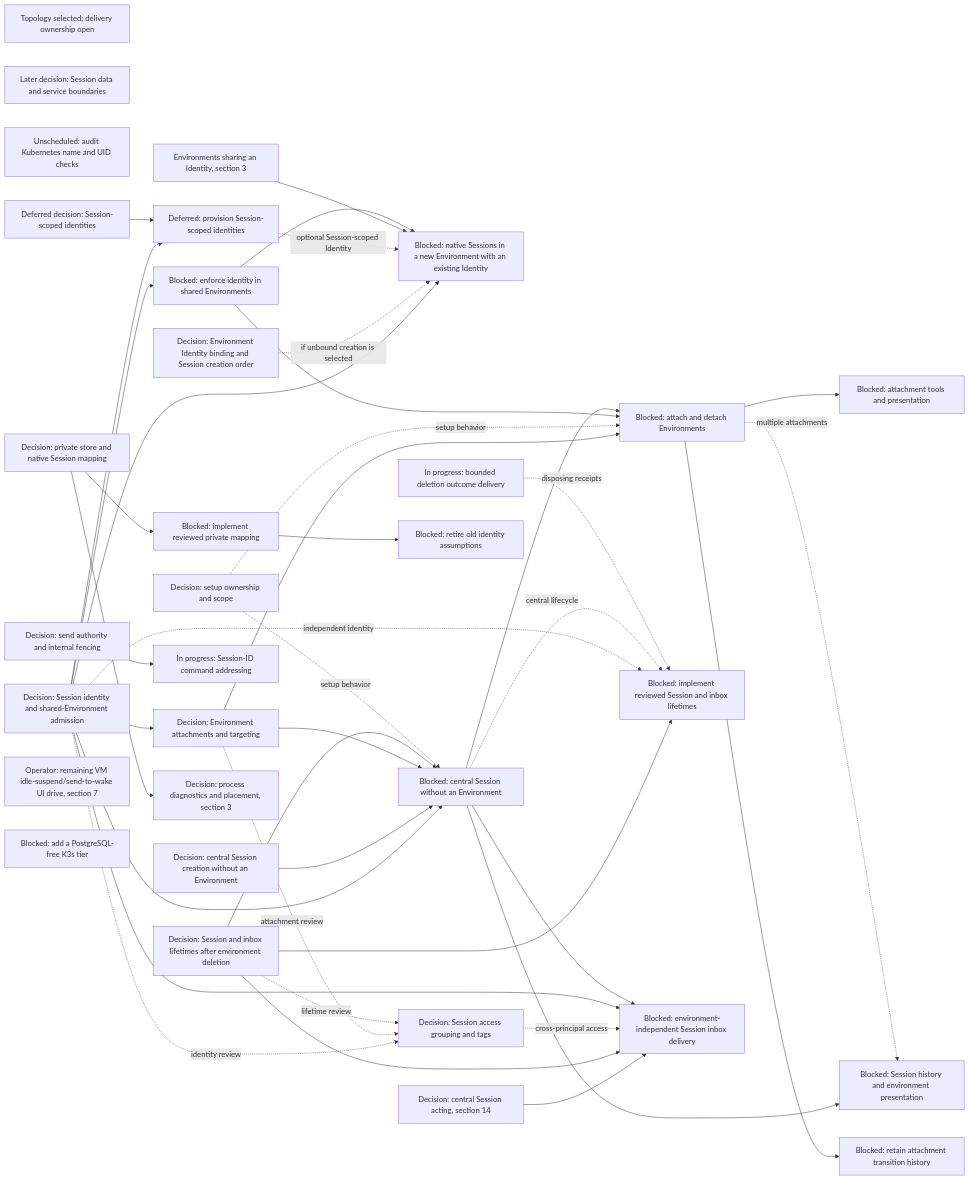
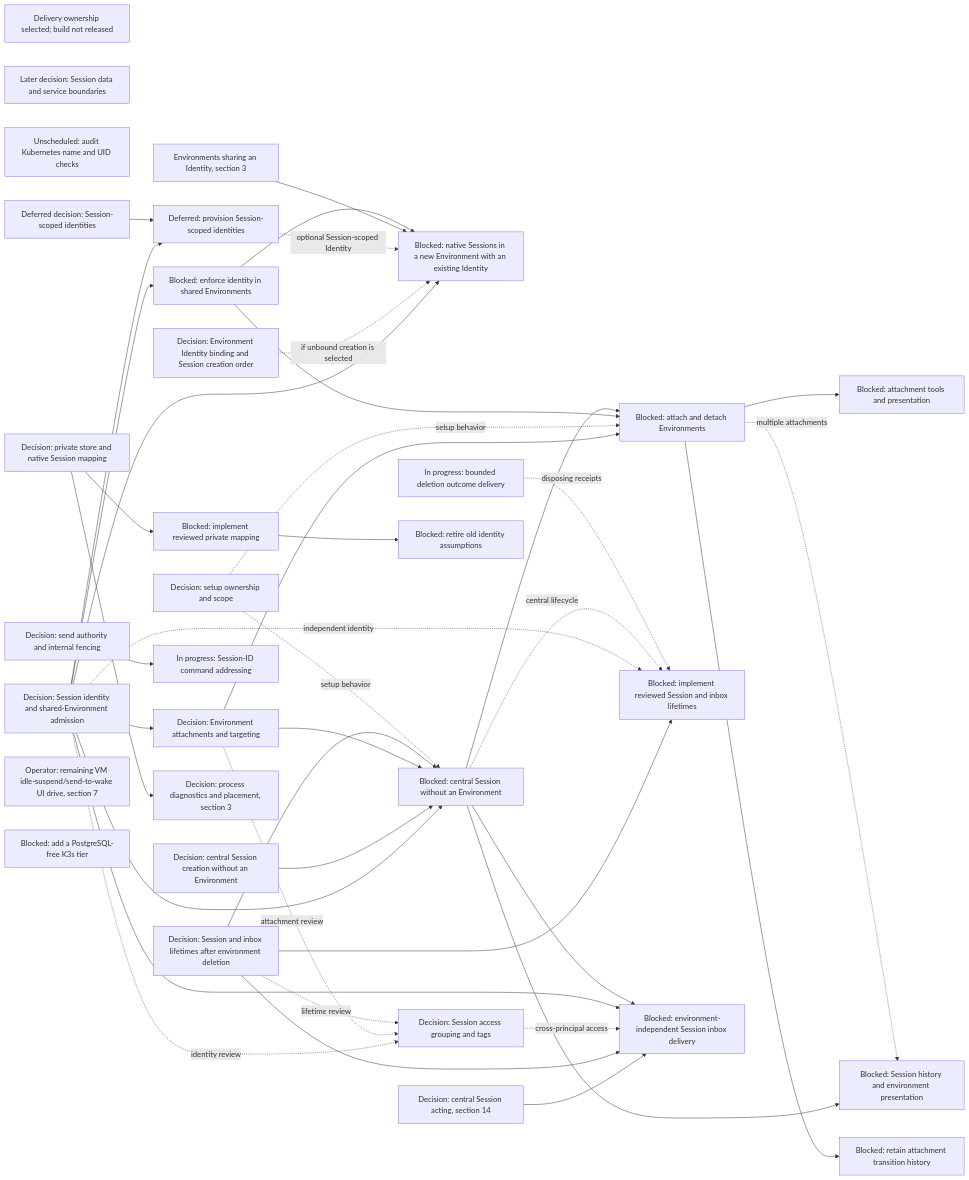
Before and after one commit to agentydragon/ducktape: diagram 16 of 21 in agentplane/plans/task_dag.md, drawn with Mermaid. The commit also changed other lines of this file, not shown here.

First line of the commit message:
agentplane: record per-Session Postgres delivery lease decision

````diff
--- a/agentplane/plans/task_dag.md
+++ b/agentplane/plans/task_dag.md
@@ -2475,72 +2475,72 @@
 ```mermaid
 flowchart LR
-    DISPATCHER_PERSISTENCE_MODEL_DESIGN[Topology selected; delivery ownership open]
+    DISPATCHER_PERSISTENCE_MODEL_DESIGN[Delivery ownership selected; build not released]
     SESSION_DATA_OWNERSHIP_DESIGN[Later decision: Session data and service boundaries]
     KUBERNETES_UID_CHECK_AUDIT[Unscheduled: audit Kubernetes name and UID checks]
     SESSION_IDENTITY_CONTRACT[Decision: Session identity and shared-Environment admission]
     ENVIRONMENT_IDENTITY_BINDING_DESIGN[Decision: Environment Identity binding and Session creation order]
     SESSION_IDENTITY_PROVISIONING_DESIGN[Deferred decision: Session-scoped identities]
     SESSION_MANAGED_IDENTITY[Deferred: provision Session-scoped identities]
     SESSION_NATIVE_IDENTITY_WORKFLOW[Blocked: native Sessions in a new Environment with an existing Identity]
     ENVIRONMENT_SHARED_IDENTITY[Environments sharing an Identity, section 3]
     SESSION_ACCESS_GROUPING_DESIGN[Decision: Session access grouping and tags]
     CENTRAL_SESSION_CREATION_CONTRACT[Decision: central Session creation without an Environment]
     SESSION_ATTACHMENT_CONTRACT[Decision: Environment attachments and targeting]
     SESSION_ENVIRONMENT_SETUP_DESIGN[Decision: setup ownership and scope]
     SESSION_IDENTITY_ENFORCEMENT[Blocked: enforce identity in shared Environments]
     CENTRAL_SESSION_WITHOUT_ENVIRONMENT[Blocked: central Session without an Environment]
     SESSION_ENV_ATTACHMENTS[Blocked: attach and detach Environments]
     SESSION_ATTACHMENT_SURFACES[Blocked: attachment tools and presentation]
     SESSION_ATTACHMENT_HISTORY[Blocked: retain attachment transition history]
     SESSION_LIFETIME_IMPLEMENTATION[Blocked: implement reviewed Session and inbox lifetimes]
     CENTRAL_SESSION_NOTIFICATIONS[Blocked: environment-independent Session inbox delivery]
     DELIVERY_DESTINATION_AUTHORITY_DESIGN[Decision: send authority and internal fencing]
     SESSION_DELETION_FENCE[In progress: bounded deletion outcome delivery]
     SESSION_AND_INBOX_LIFETIME[Decision: Session and inbox lifetimes after environment deletion]
     DELIVERY_DESTINATION_CONTRACT[In progress: Session-ID command addressing]
     SESSION_HISTORY_PRESENTATION[Blocked: Session history and environment presentation]
     SESSION_IDENTITY_CONTRACT --> CENTRAL_SESSION_WITHOUT_ENVIRONMENT
     CENTRAL_SESSION_ACTING_DESIGN[Decision: central Session acting, section 14] --> CENTRAL_SESSION_NOTIFICATIONS
     CENTRAL_SESSION_CREATION_CONTRACT --> CENTRAL_SESSION_WITHOUT_ENVIRONMENT
     SESSION_ATTACHMENT_CONTRACT --> CENTRAL_SESSION_WITHOUT_ENVIRONMENT
     SESSION_AND_INBOX_LIFETIME --> CENTRAL_SESSION_WITHOUT_ENVIRONMENT
     SESSION_IDENTITY_CONTRACT --> SESSION_IDENTITY_ENFORCEMENT
     SESSION_IDENTITY_CONTRACT --> SESSION_MANAGED_IDENTITY
     SESSION_IDENTITY_PROVISIONING_DESIGN --> SESSION_MANAGED_IDENTITY
     SESSION_IDENTITY_CONTRACT --> SESSION_NATIVE_IDENTITY_WORKFLOW
     ENVIRONMENT_IDENTITY_BINDING_DESIGN -. if unbound creation is selected .-> SESSION_NATIVE_IDENTITY_WORKFLOW
     SESSION_MANAGED_IDENTITY -. optional Session-scoped Identity .-> SESSION_NATIVE_IDENTITY_WORKFLOW
     ENVIRONMENT_SHARED_IDENTITY --> SESSION_NATIVE_IDENTITY_WORKFLOW
     SESSION_IDENTITY_ENFORCEMENT --> SESSION_NATIVE_IDENTITY_WORKFLOW
     SESSION_IDENTITY_CONTRACT --> SESSION_ATTACHMENT_CONTRACT
     SESSION_ATTACHMENT_CONTRACT --> SESSION_ENV_ATTACHMENTS
     SESSION_ENVIRONMENT_SETUP_DESIGN -. setup behavior .-> SESSION_ENV_ATTACHMENTS
     SESSION_ENVIRONMENT_SETUP_DESIGN -. setup behavior .-> CENTRAL_SESSION_WITHOUT_ENVIRONMENT
     SESSION_IDENTITY_ENFORCEMENT --> SESSION_ENV_ATTACHMENTS
     CENTRAL_SESSION_WITHOUT_ENVIRONMENT --> SESSION_ENV_ATTACHMENTS
     SESSION_ENV_ATTACHMENTS --> SESSION_ATTACHMENT_SURFACES
     SESSION_ENV_ATTACHMENTS --> SESSION_ATTACHMENT_HISTORY
     CENTRAL_SESSION_WITHOUT_ENVIRONMENT --> SESSION_HISTORY_PRESENTATION
     SESSION_ENV_ATTACHMENTS -. multiple attachments .-> SESSION_HISTORY_PRESENTATION
     SESSION_AND_INBOX_LIFETIME --> SESSION_LIFETIME_IMPLEMENTATION
     SESSION_IDENTITY_CONTRACT -. independent identity .-> SESSION_LIFETIME_IMPLEMENTATION
     CENTRAL_SESSION_WITHOUT_ENVIRONMENT -. central lifecycle .-> SESSION_LIFETIME_IMPLEMENTATION
     SESSION_DELETION_FENCE -. disposing receipts .-> SESSION_LIFETIME_IMPLEMENTATION
     SESSION_AND_INBOX_LIFETIME --> CENTRAL_SESSION_NOTIFICATIONS
     SESSION_IDENTITY_CONTRACT -. identity review .-> SESSION_ACCESS_GROUPING_DESIGN
     SESSION_ATTACHMENT_CONTRACT -. attachment review .-> SESSION_ACCESS_GROUPING_DESIGN
     SESSION_AND_INBOX_LIFETIME -. lifetime review .-> SESSION_ACCESS_GROUPING_DESIGN
     SESSION_ACCESS_GROUPING_DESIGN -. cross-principal access .-> CENTRAL_SESSION_NOTIFICATIONS
     SESSION_IDENTITY_CONTRACT --> CENTRAL_SESSION_NOTIFICATIONS
     CENTRAL_SESSION_WITHOUT_ENVIRONMENT --> CENTRAL_SESSION_NOTIFICATIONS
     HARNESS_IDENTITY_DESIGN[Decision: private store and native Session mapping]
     RUNNER_STORE_SESSION_IDENTITY[Blocked: implement reviewed private mapping]
     RUNNER_IDENTITY_LEGACY_CLEANUP[Blocked: retire old identity assumptions]
     IDLE_SUSPEND_UI_DRIVE[Operator: remaining VM idle-suspend/send-to-wake UI drive, section 7]
     RUNNER_HARNESS_OBJECTS_DESIGN[Decision: process diagnostics and placement, section 3]
     CNPG_FREE_K3S_INTEGRATION_TIER[Blocked: add a PostgreSQL-free K3s tier]
     DELIVERY_DESTINATION_AUTHORITY_DESIGN --> DELIVERY_DESTINATION_CONTRACT
     RUNNER_STORE_SESSION_IDENTITY --> RUNNER_IDENTITY_LEGACY_CLEANUP
     HARNESS_IDENTITY_DESIGN --> RUNNER_STORE_SESSION_IDENTITY
     HARNESS_IDENTITY_DESIGN --> RUNNER_HARNESS_OBJECTS_DESIGN
 ```
````
